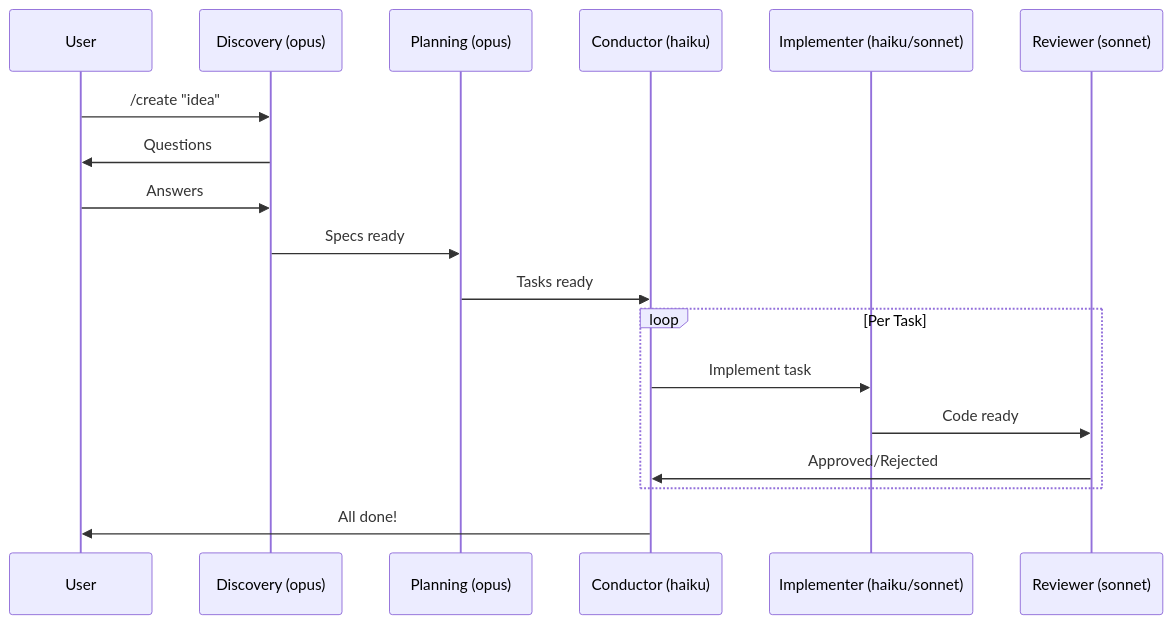
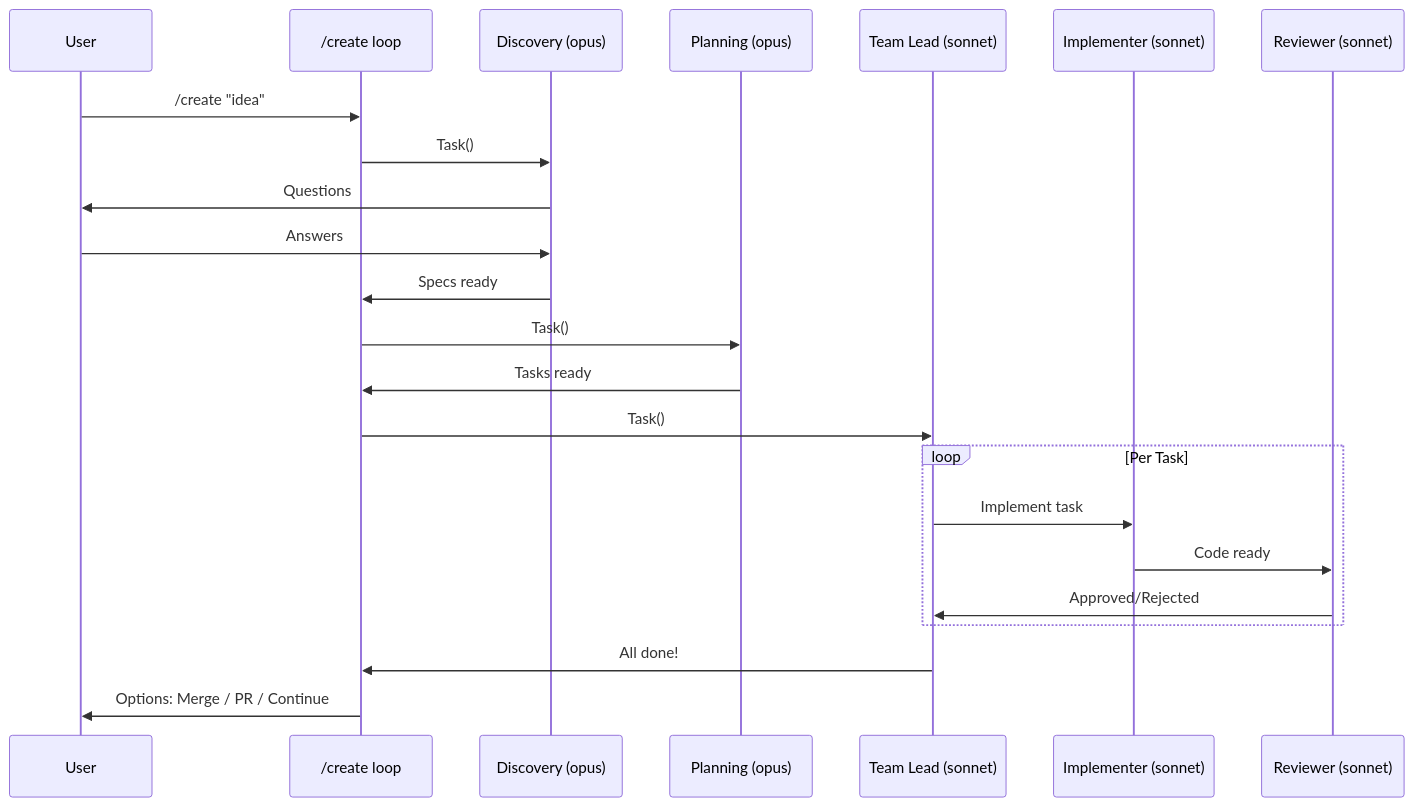
The second of 4 diagrams in diagrams/sequence-diagram.md (Zxela/claude-create), drawn with Mermaid before and after one commit. The commit also changed other lines of this file and 5 other files, not shown here.

First line of the commit message:
docs: update diagrams and docs for flat spawn architecture

````diff
--- a/diagrams/sequence-diagram.md
+++ b/diagrams/sequence-diagram.md
@@ -103,24 +111,29 @@
 ```mermaid
 sequenceDiagram
     participant User
+    participant Main as /create loop
     participant Discovery as Discovery (opus)
     participant Planning as Planning (opus)
-    participant Conductor as Conductor (haiku)
-    participant Impl as Implementer (haiku/sonnet)
+    participant TL as Team Lead (sonnet)
+    participant Impl as Implementer (sonnet)
     participant Review as Reviewer (sonnet)
 
-    User->>Discovery: /create "idea"
+    User->>Main: /create "idea"
+    Main->>Discovery: Task()
     Discovery->>User: Questions
     User->>Discovery: Answers
-    Discovery->>Planning: Specs ready
+    Discovery->>Main: Specs ready
 
-    Planning->>Conductor: Tasks ready
+    Main->>Planning: Task()
+    Planning->>Main: Tasks ready
 
+    Main->>TL: Task()
     loop Per Task
-        Conductor->>Impl: Implement task
+        TL->>Impl: Implement task
         Impl->>Review: Code ready
-        Review->>Conductor: Approved/Rejected
+        Review->>TL: Approved/Rejected
     end
+    TL->>Main: All done!
 
-    Conductor->>User: All done!
+    Main->>User: Options: Merge / PR / Continue
 ```
````
